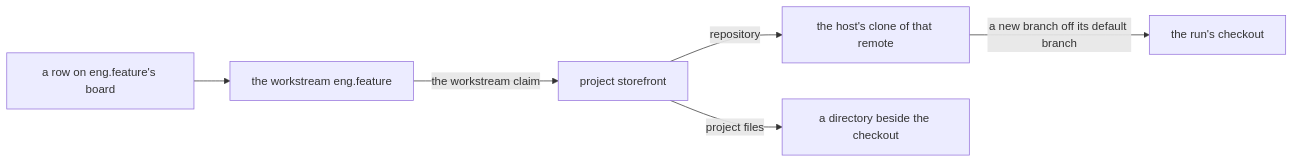
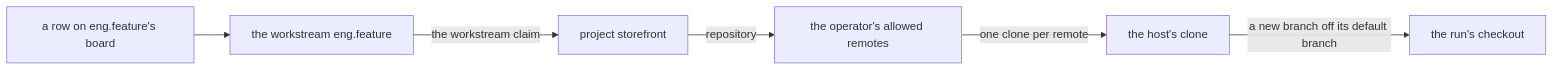
One commit to fixpoint-labs/flow-state-dev changed the second of 2 diagrams in specs/issues/FIX-1762/SPEC.md. Above: the diagram before and after it, drawn with Mermaid. The commit also changed other lines of this file and 8 other files, not shown here.

````diff
--- a/specs/issues/FIX-1762/SPEC.md
+++ b/specs/issues/FIX-1762/SPEC.md
@@ -85,8 +92,8 @@
 ```mermaid
 flowchart LR
   R["a row on eng.feature's board"] --> M["the workstream eng.feature"]
   M -->|"the workstream claim"| P["project storefront"]
-  P -->|"repository"| C["the host's clone of that remote"]
+  P -->|"repository"| G["the operator's allowed remotes"]
+  G -->|"one clone per remote"| C["the host's clone"]
   C -->|"a new branch off its default branch"| W["the run's checkout"]
-  P -->|"project files"| S["a directory beside the checkout"]
 ```
````
